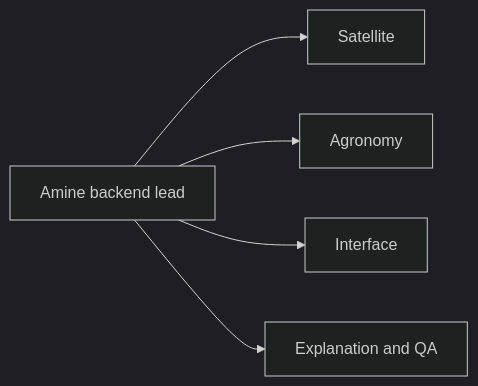
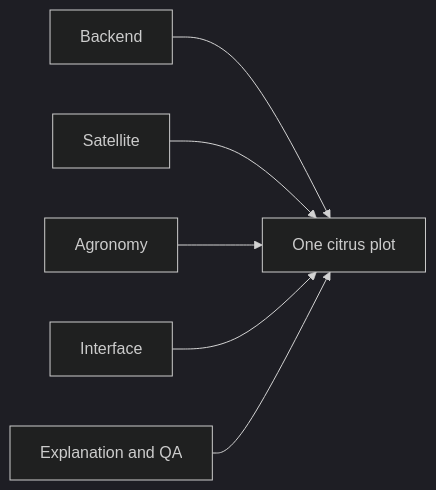
The third of 3 diagrams in QATRA-REPORT.md (AmineElAtrache/Qatra), drawn with Mermaid (dark theme) before and after one commit. The commit also changed other lines of this file and 1 other file, not shown here.

````diff
--- a/QATRA-REPORT.md
+++ b/QATRA-REPORT.md
@@ -325,12 +324,14 @@
 ```mermaid
 flowchart LR
-  amine[Amine backend lead]
+  backend[Backend]
   satDev[Satellite]
   agroDev[Agronomy]
   uiDev[Interface]
   aiDev[Explanation and QA]
-  amine --> satDev
-  amine --> agroDev
-  amine --> uiDev
-  amine --> aiDev
+  demo[One citrus plot]
+  backend --> demo
+  satDev --> demo
+  agroDev --> demo
+  uiDev --> demo
+  aiDev --> demo
 ```
````
